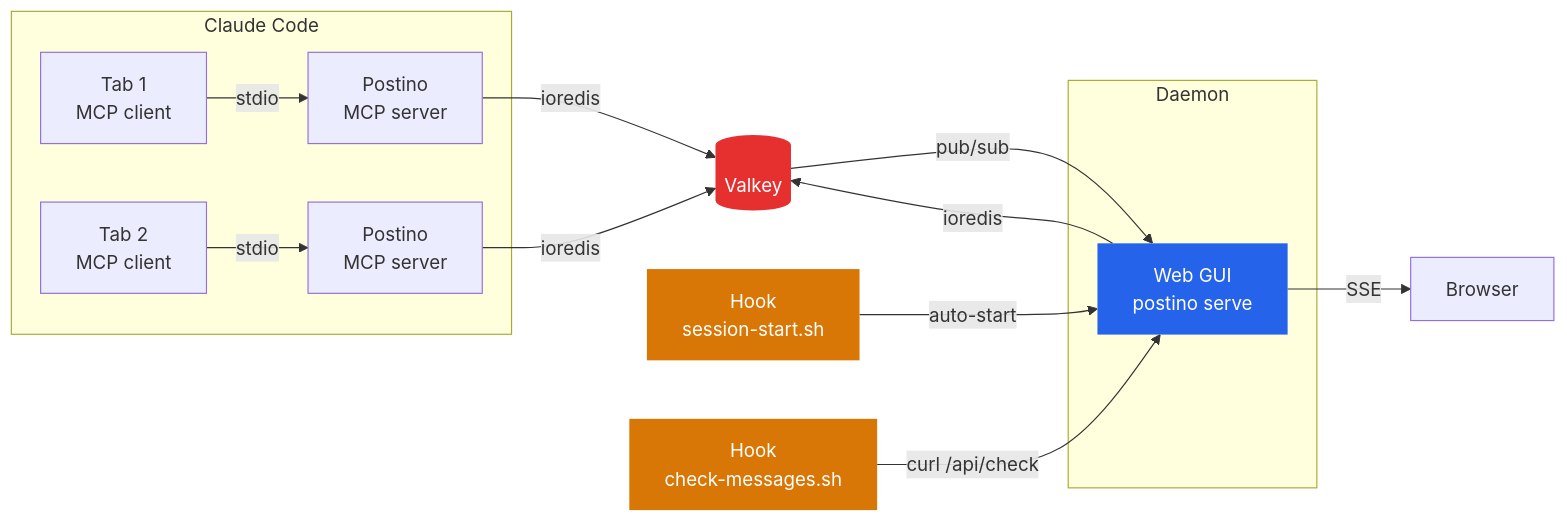
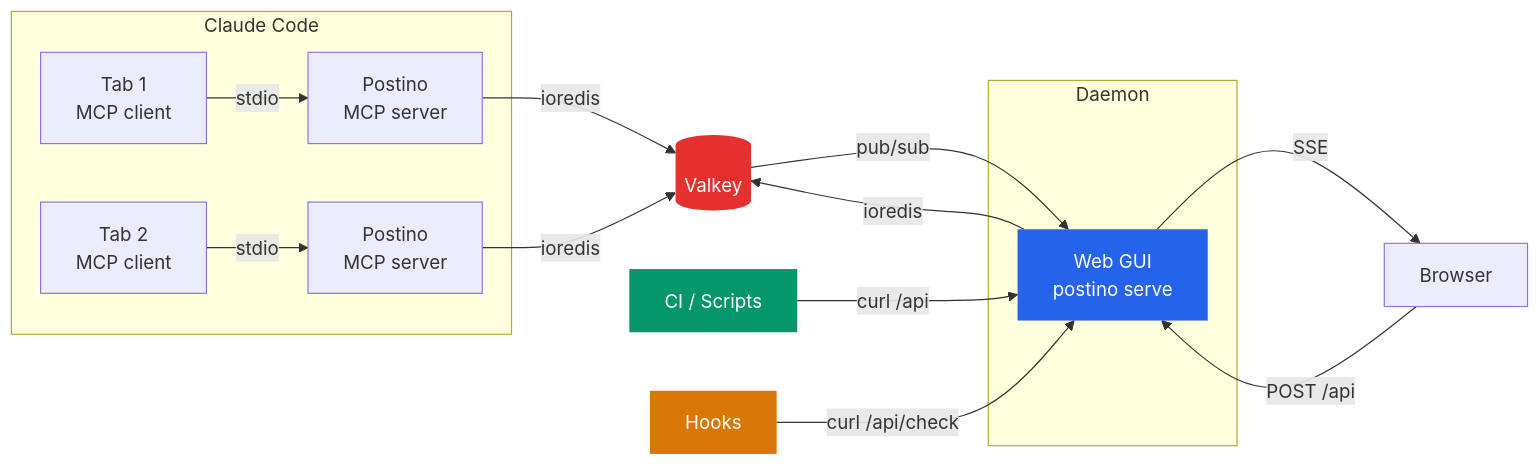
Before and after one commit to manuelfedele/postino: the third of 3 diagrams in README.md, drawn with Mermaid. The commit also changed other lines of this file and 2 other files, not shown here.

````diff
--- a/README.md
+++ b/README.md
@@ -247,26 +271,28 @@
 ```mermaid
 graph LR
     subgraph Claude Code
         T1[Tab 1<br/>MCP client] -->|stdio| M1[Postino<br/>MCP server]
         T2[Tab 2<br/>MCP client] -->|stdio| M2[Postino<br/>MCP server]
     end
 
     M1 -->|ioredis| VK[(Valkey)]
     M2 -->|ioredis| VK
 
     subgraph Daemon
         GUI[Web GUI<br/>postino serve]
     end
 
     GUI -->|ioredis| VK
     VK -->|pub/sub| GUI
     GUI -->|SSE| Browser
 
-    H[Hook<br/>session-start.sh] -->|auto-start| GUI
-    H2[Hook<br/>check-messages.sh] -->|curl /api/check| GUI
+    CI[CI / Scripts] -->|curl /api| GUI
+    Browser -->|POST /api| GUI
+
+    H[Hooks] -->|curl /api/check| GUI
 
     style VK fill:#e63030,color:#fff,stroke:none
     style GUI fill:#2563eb,color:#fff,stroke:none
+    style CI fill:#059669,color:#fff,stroke:none
     style H fill:#d97706,color:#fff,stroke:none
-    style H2 fill:#d97706,color:#fff,stroke:none
 ```
````
